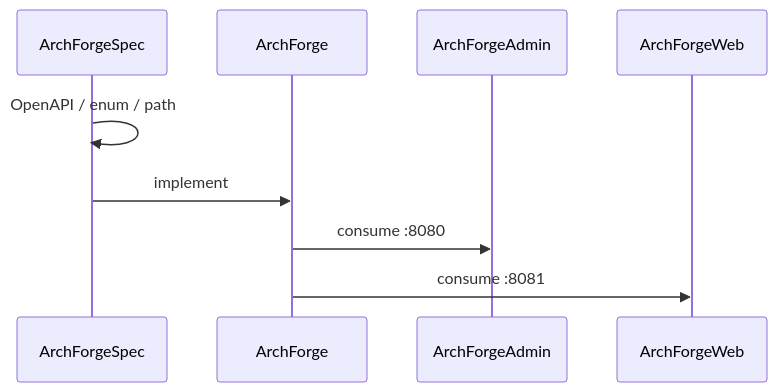
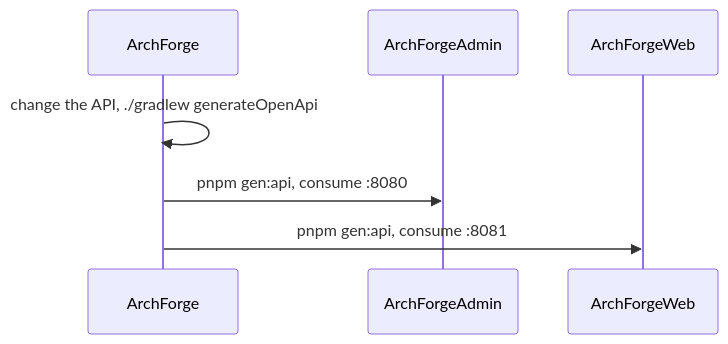
The diagram in docs/guide/contract-first.md (sofn/ArchForgeDocs), drawn with Mermaid before and after one commit. The commit also changed other lines of this file and 37 other files, not shown here.

````diff
--- a/docs/guide/contract-first.md
+++ b/docs/guide/contract-first.md
@@ -23,11 +23,9 @@
 ```mermaid
 sequenceDiagram
-  participant Spec as ArchForgeSpec
   participant Backend as ArchForge
   participant Admin as ArchForgeAdmin
   participant Web as ArchForgeWeb
-  Spec->>Spec: OpenAPI / enum / path
-  Spec->>Backend: implement
-  Backend->>Admin: consume :8080
-  Backend->>Web: consume :8081
+  Backend->>Backend: change the API, ./gradlew generateOpenApi
+  Backend->>Admin: pnpm gen:api, consume :8080
+  Backend->>Web: pnpm gen:api, consume :8081
 ```
````
